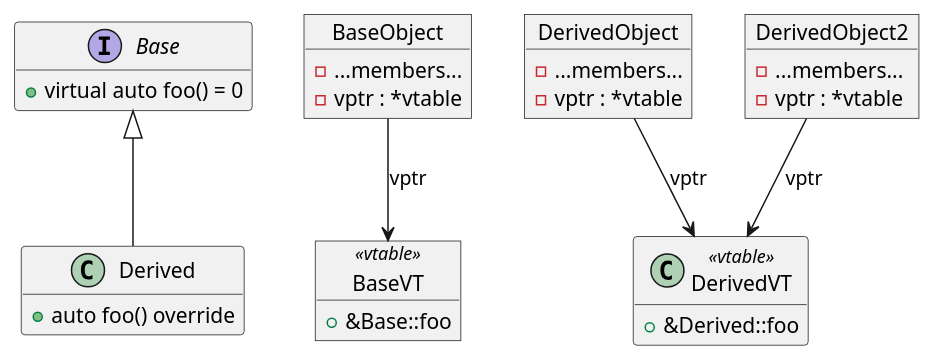
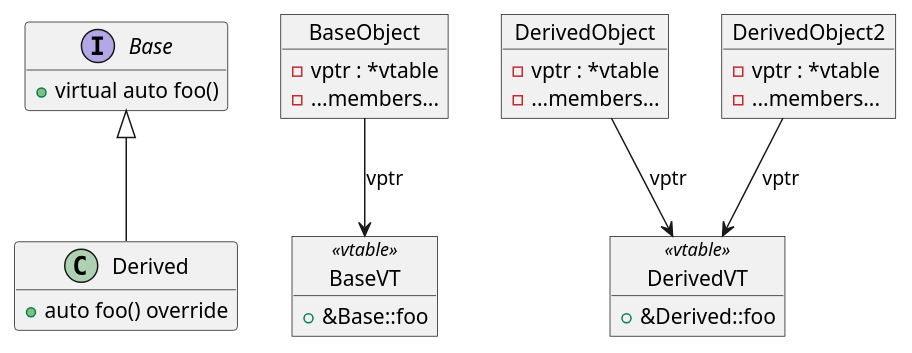
Before and after one commit to david-alvarez-rosa/personal-website: the diagram in posts.org, drawn with PlantUML. The commit also changed other lines of this file, not shown here.

```diff
--- a/posts.org
+++ b/posts.org
@@ -130,44 +138,44 @@
-#+begin_src plantuml :file vtable.png :results file
+#+begin_src plantuml :file diagram.png
   @startuml
 
   hide empty members
 
   interface Base {
-    + virtual auto foo() = 0
+    + virtual auto foo()
   }
 
   class Derived {
     + auto foo() override
   }
 
   Base <|-- Derived
 
   object BaseVT <<vtable>> {
     + &Base::foo
   }
 
-  class DerivedVT <<vtable>> {
+  object DerivedVT <<vtable>> {
     + &Derived::foo
   }
 
   object BaseObject {
+    - vptr : *vtable
     - ...members...
-    - vptr : *vtable
   }
 
   object DerivedObject {
+    - vptr : *vtable
     - ...members...
-    - vptr : *vtable
   }
 
   object DerivedObject2 {
+    - vptr : *vtable
     - ...members...
-    - vptr : *vtable
   }
 
   BaseObject --> BaseVT : vptr
   DerivedObject --> DerivedVT : vptr
   DerivedObject2 --> DerivedVT : vptr
 
   @enduml
 #+end_src
```
